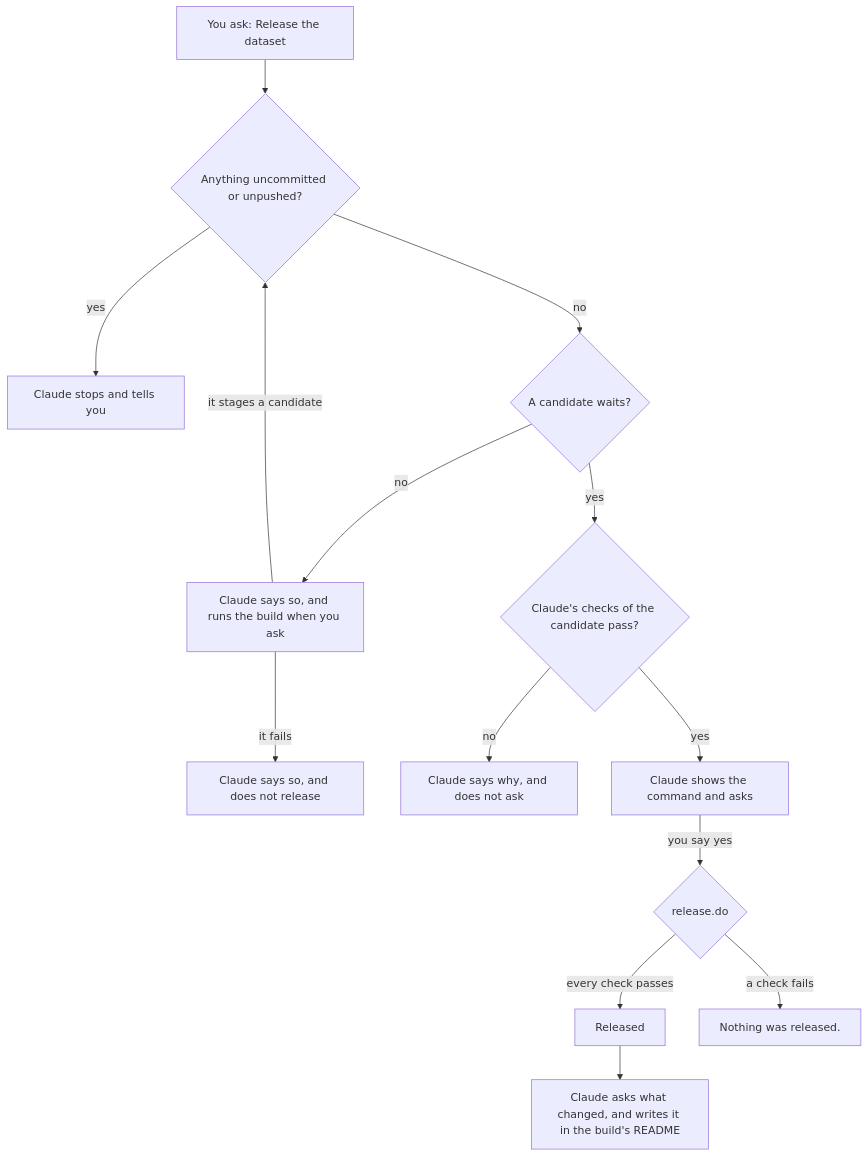
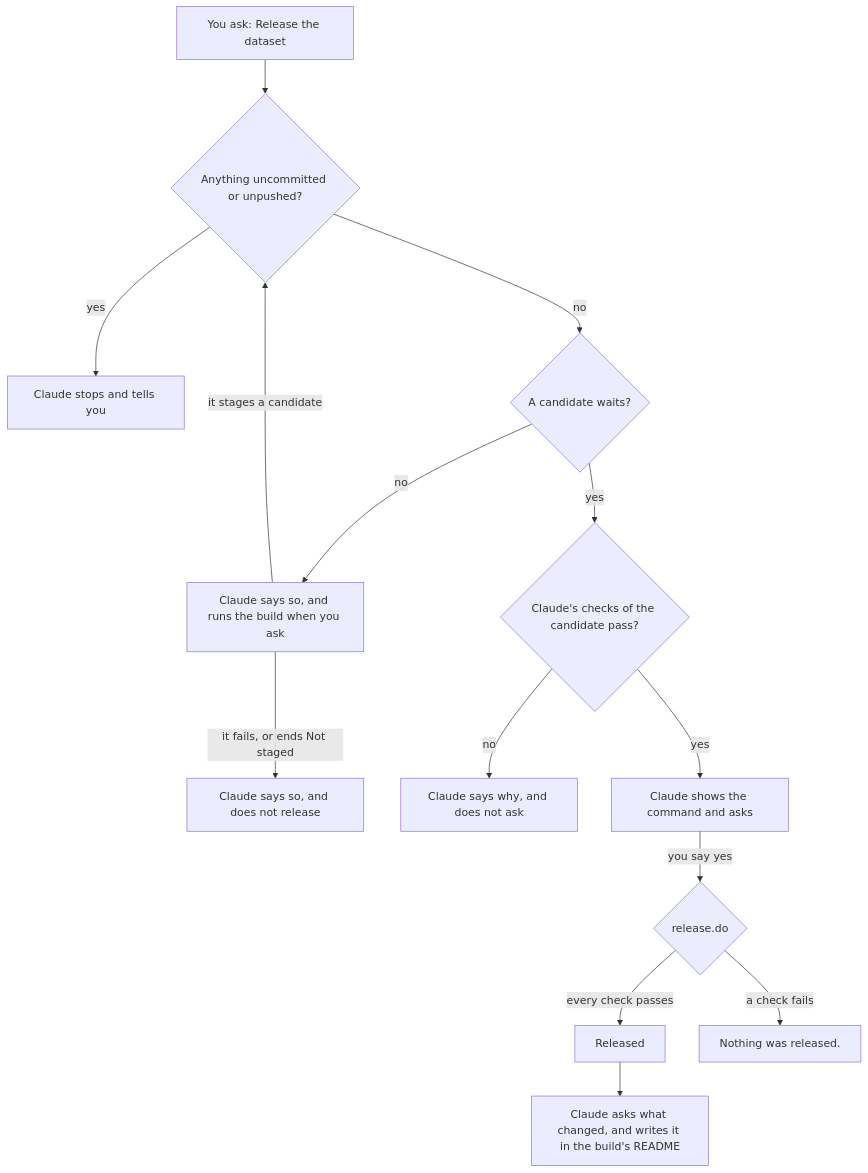
One commit to unifr-ecopub/handbook changed the diagram in curator/release-a-version.md. Above: the diagram before and after it, drawn with Mermaid. The commit also changed other lines of this file and 7 other files, not shown here.

Commit message:
A candidate is replaced only by a run that ends Run complete and Staged, and the pages name the not-to-open terms, an existing terms README, the tests before a commit, the two logs Claude may read, and a version marked wrong first in the package's report

````diff
--- a/curator/release-a-version.md
+++ b/curator/release-a-version.md
@@ -5,16 +5,16 @@
 ```mermaid
 flowchart TD
   A["You ask: Release the dataset"] --> B{"Anything uncommitted or unpushed?"}
   B -->|"yes"| S["Claude stops and tells you"]
   B -->|"no"| C{"A candidate waits?"}
   C -->|"no"| R["Claude says so, and runs the build when you ask"]
   R -->|"it stages a candidate"| B
-  R -->|"it fails"| X["Claude says so, and does not release"]
+  R -->|"it fails, or ends Not staged"| X["Claude says so, and does not release"]
   C -->|"yes"| K{"Claude's checks of the candidate pass?"}
   K -->|"no"| N["Claude says why, and does not ask"]
   K -->|"yes"| Q["Claude shows the command and asks"]
   Q -->|"you say yes"| D{"release.do"}
   D -->|"every check passes"| E["Released"]
   D -->|"a check fails"| F["Nothing was released."]
   E --> L["Claude asks what changed, and writes it in the build's README"]
 ```
````
